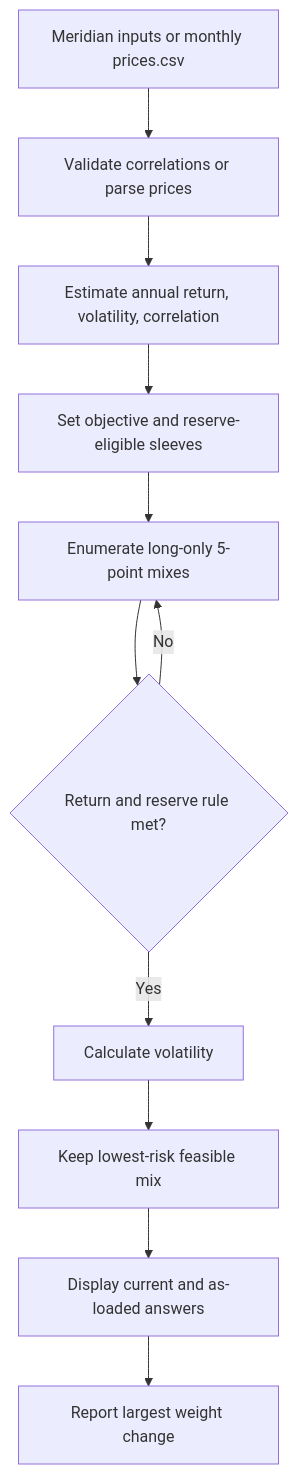
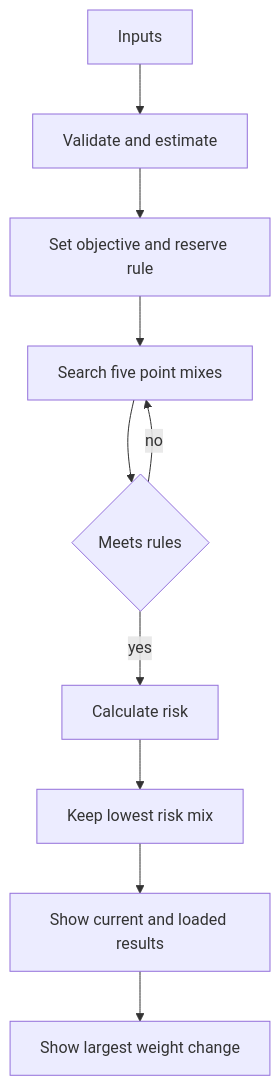
The diagram in assignments/week-09-portfolio-baselines/Lab_15_Portfolio_Stability.md (jshepson/FIN43900-Fall2026), drawn with Mermaid before and after one commit.

Commit message:
Simplify Lab 15 Mermaid flowchart

````diff
--- a/assignments/week-09-portfolio-baselines/Lab_15_Portfolio_Stability.md
+++ b/assignments/week-09-portfolio-baselines/Lab_15_Portfolio_Stability.md
@@ -23,13 +23,12 @@
 ```mermaid
 flowchart TD
-    A[Meridian inputs or monthly prices.csv] --> B[Validate correlations or parse prices]
-    B --> C[Estimate annual return, volatility, correlation]
-    C --> D[Set objective and reserve-eligible sleeves]
-    D --> E[Enumerate long-only 5-point mixes]
-    E --> F{Return and reserve rule met?}
-    F -- No --> E
-    F -- Yes --> G[Calculate volatility]
-    G --> H[Keep lowest-risk feasible mix]
-    H --> I[Display current and as-loaded answers]
-    I --> J[Report largest weight change]
+    A[Inputs] --> B[Validate and estimate]
+    B --> C[Set objective and reserve rule]
+    C --> D[Search five point mixes]
+    D --> E{Meets rules}
+    E -->|no| D
+    E -->|yes| F[Calculate risk]
+    F --> G[Keep lowest risk mix]
+    G --> H[Show current and loaded results]
+    H --> I[Show largest weight change]
 ```
````
